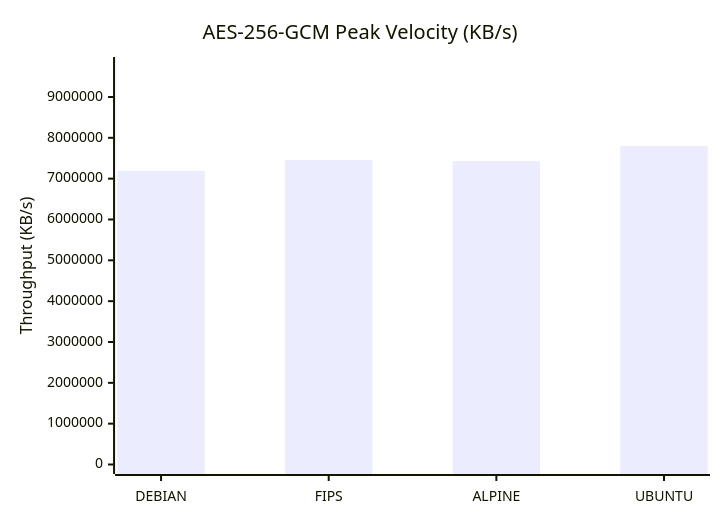
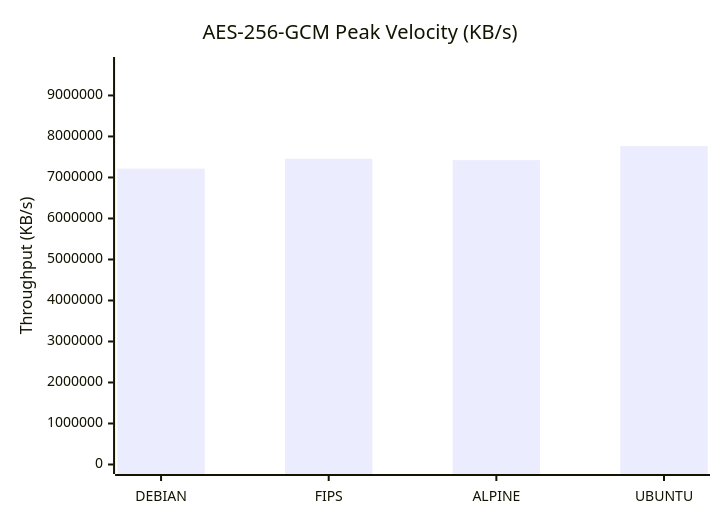
The first of 9 diagrams in docs/Comparison_Report.md (taha2samy/openssl_fips), drawn with Mermaid before and after one commit. The commit also changed other lines of this file and 2 other files, not shown here.

````diff
--- a/docs/Comparison_Report.md
+++ b/docs/Comparison_Report.md
@@ -56,7 +56,7 @@
 ```mermaid
 xychart-beta
     title "AES-256-GCM Peak Velocity (KB/s)"
     x-axis [DEBIAN, FIPS, ALPINE, UBUNTU]
-    y-axis "Throughput (KB/s)" 0 --> 9746370
-    bar [7189815.3, 7456956.42, 7428947.97, 7797096.45]
+    y-axis "Throughput (KB/s)" 0 --> 9706055
+    bar [7215718.4, 7455277.06, 7422738.43, 7764844.54]
 ```
````
